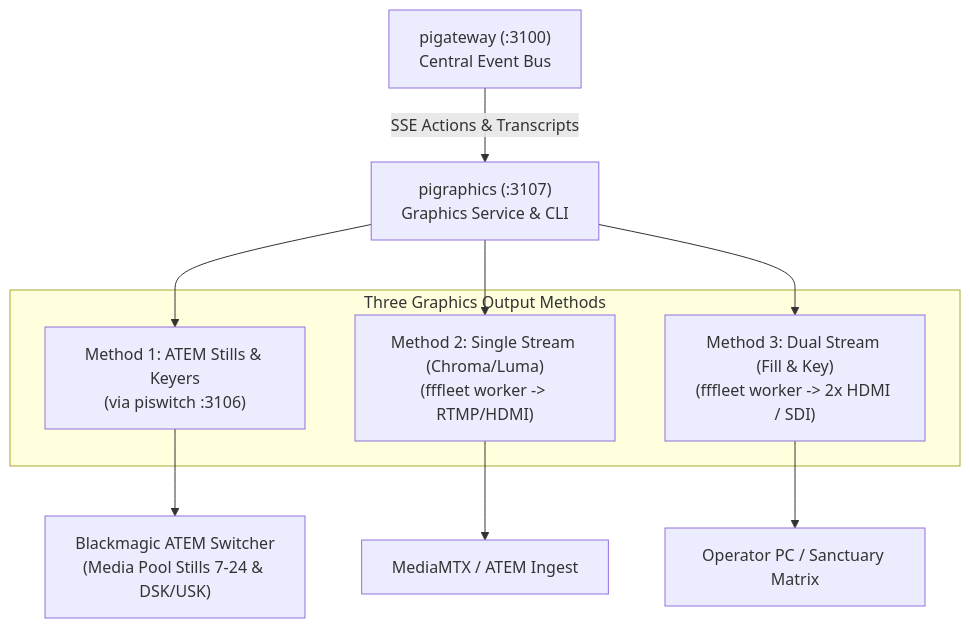
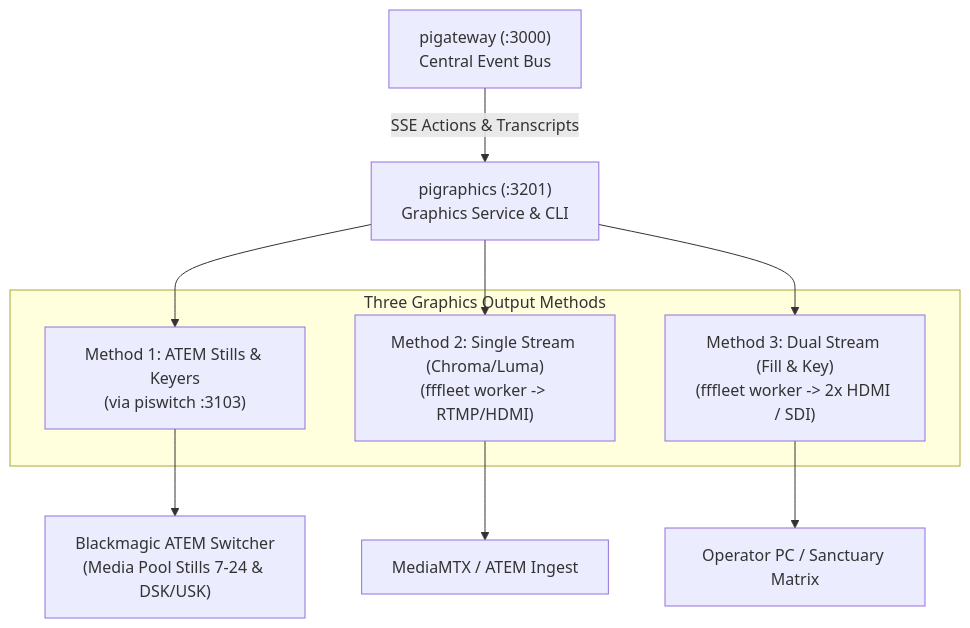
One commit to jsilvanus/pigraphics changed the diagram in README.md. Above: the diagram before and after it, drawn with Mermaid. The commit also changed other lines of this file and 7 other files, not shown here.

````diff
--- a/README.md
+++ b/README.md
@@ -11,18 +11,18 @@
 ```mermaid
 graph TD
-    GATEWAY["pigateway (:3100)<br/>Central Event Bus"] -->|SSE Actions & Transcripts| PIGRAPHICS["pigraphics (:3107)<br/>Graphics Service & CLI"]
+    GATEWAY["pigateway (:3000)<br/>Central Event Bus"] -->|SSE Actions & Transcripts| PIGRAPHICS["pigraphics (:3201)<br/>Graphics Service & CLI"]
     
     subgraph Methods["Three Graphics Output Methods"]
-        M1["Method 1: ATEM Stills & Keyers<br/>(via piswitch :3106)"]
+        M1["Method 1: ATEM Stills & Keyers<br/>(via piswitch :3103)"]
         M2["Method 2: Single Stream (Chroma/Luma)<br/>(fffleet worker -> RTMP/HDMI)"]
         M3["Method 3: Dual Stream (Fill & Key)<br/>(fffleet worker -> 2x HDMI / SDI)"]
     end
 
     PIGRAPHICS --> M1
     PIGRAPHICS --> M2
     PIGRAPHICS --> M3
 
     M1 --> ATEM["Blackmagic ATEM Switcher<br/>(Media Pool Stills 7-24 & DSK/USK)"]
     M2 --> MTX["MediaMTX / ATEM Ingest"]
     M3 --> OPERATOR["Operator PC / Sanctuary Matrix"]
 ```
````
